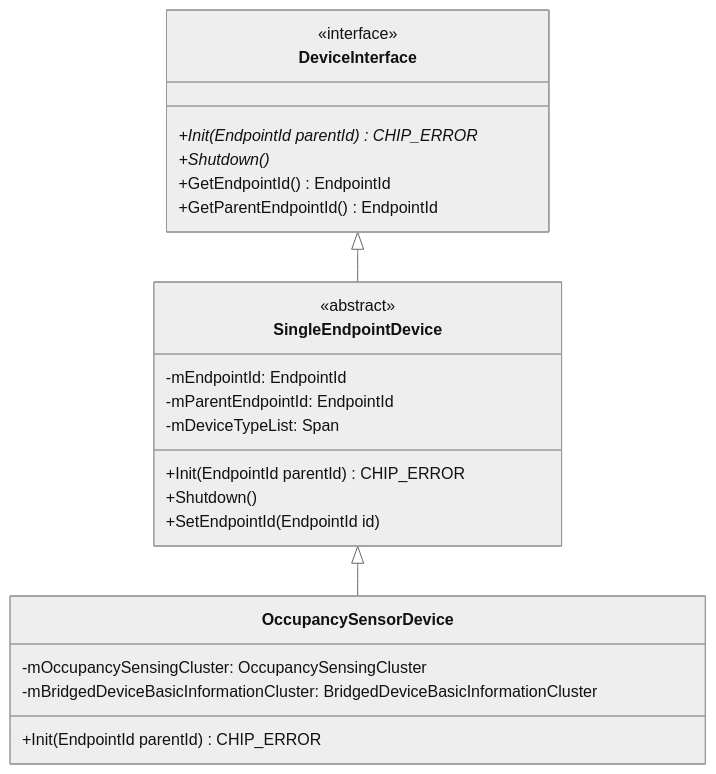
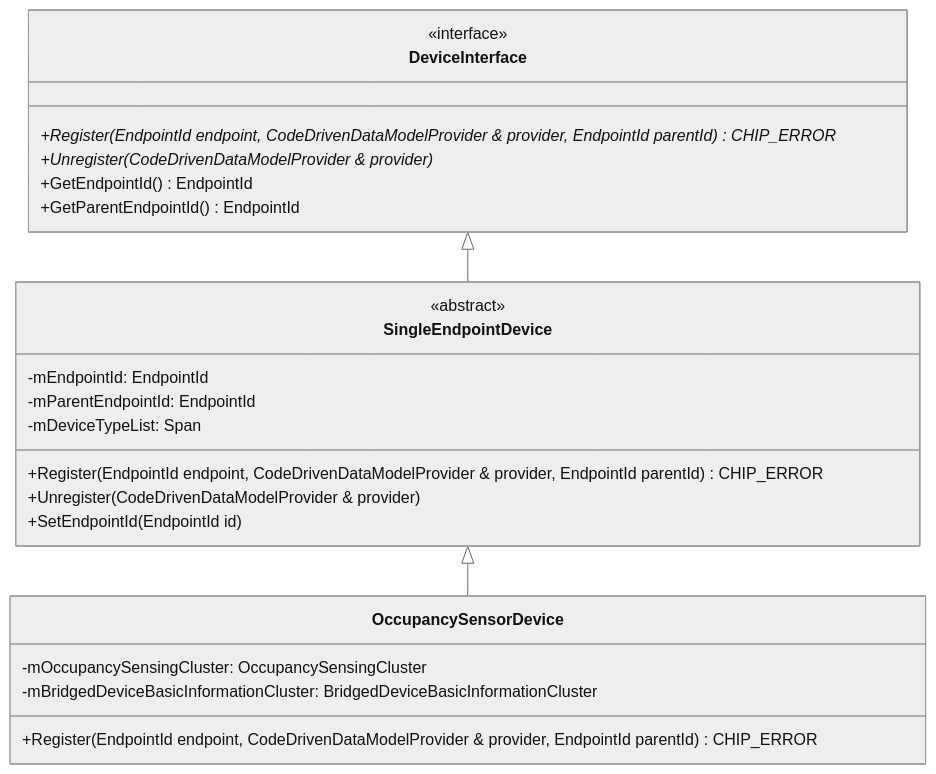
One commit to project-chip/connectedhomeip changed the second of 2 diagrams in examples/all-devices-app/docs/architecture.md. Above: the diagram before and after it, drawn with Mermaid (neutral theme). The commit also changed other lines of this file and 1 other file, not shown here.

````diff
--- a/examples/all-devices-app/docs/architecture.md
+++ b/examples/all-devices-app/docs/architecture.md
@@ -81,29 +81,29 @@
 ```mermaid
 classDiagram
     class DeviceInterface {
         <<interface>>
-        +Init(EndpointId parentId)* CHIP_ERROR
-        +Shutdown()*
+        +Register(EndpointId endpoint, CodeDrivenDataModelProvider & provider, EndpointId parentId)* CHIP_ERROR
+        +Unregister(CodeDrivenDataModelProvider & provider)*
         +GetEndpointId() EndpointId
         +GetParentEndpointId() EndpointId
     }
 
     class SingleEndpointDevice {
         <<abstract>>
         -mEndpointId: EndpointId
         -mParentEndpointId: EndpointId
         -mDeviceTypeList: Span<DeviceTypeDescriptor>
-        +Init(EndpointId parentId) CHIP_ERROR
-        +Shutdown()
+        +Register(EndpointId endpoint, CodeDrivenDataModelProvider & provider, EndpointId parentId) CHIP_ERROR
+        +Unregister(CodeDrivenDataModelProvider & provider)
         +SetEndpointId(EndpointId id)
     }
 
     class OccupancySensorDevice {
         -mOccupancySensingCluster: OccupancySensingCluster
         -mBridgedDeviceBasicInformationCluster: BridgedDeviceBasicInformationCluster
-        +Init(EndpointId parentId) CHIP_ERROR
+        +Register(EndpointId endpoint, CodeDrivenDataModelProvider & provider, EndpointId parentId) CHIP_ERROR
     }
 
     DeviceInterface <|-- SingleEndpointDevice
     SingleEndpointDevice <|-- OccupancySensorDevice
 ```
````
